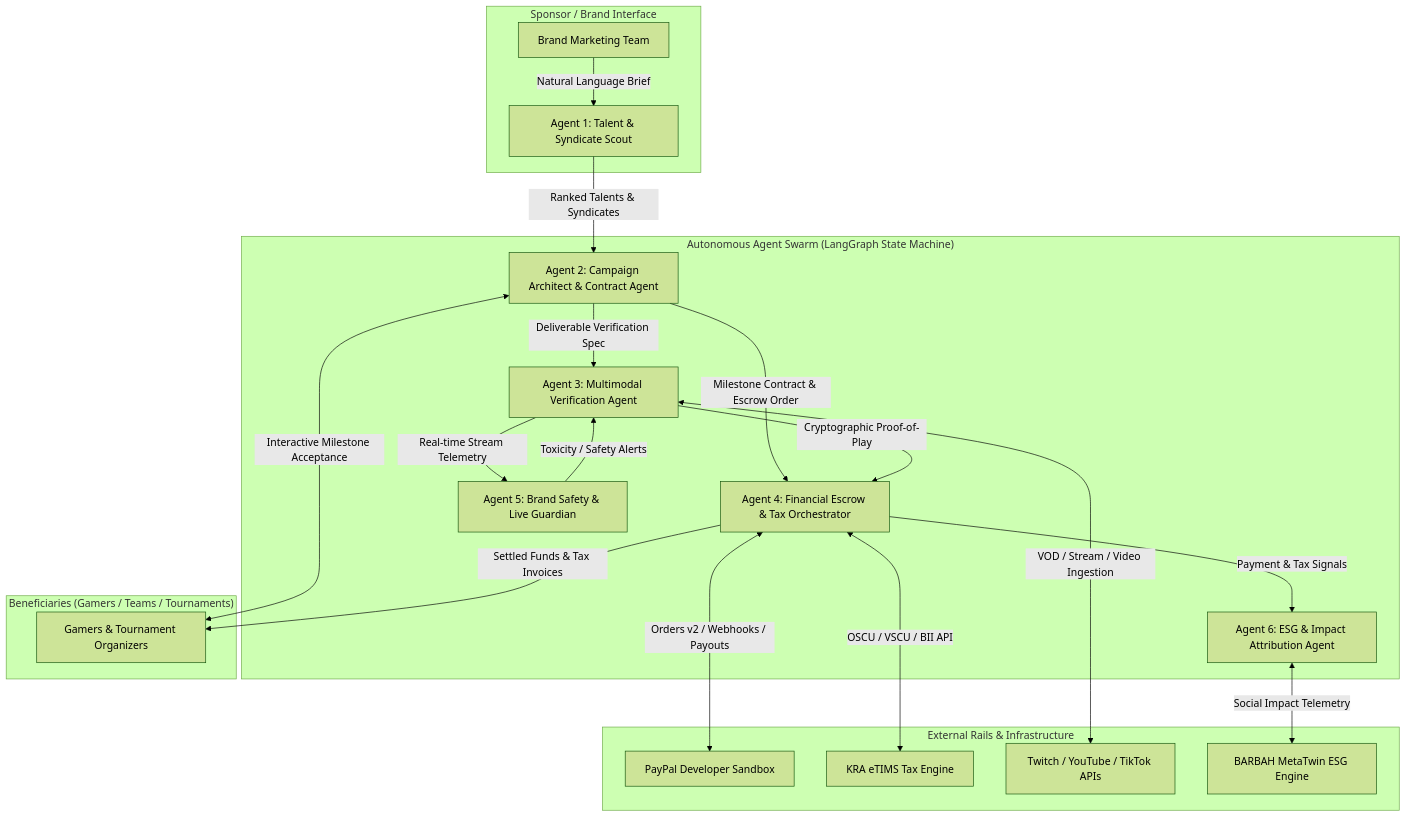
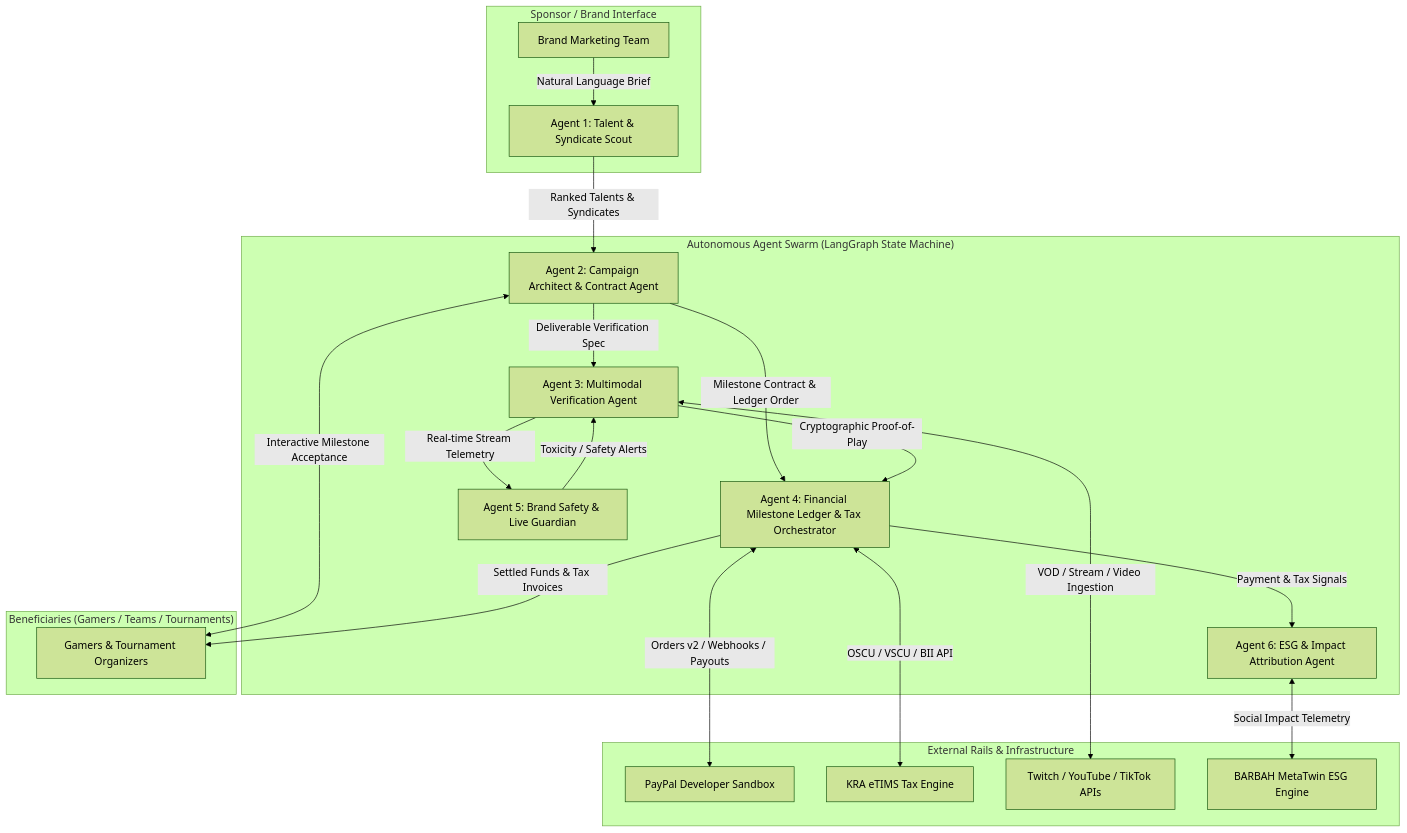
The first of 3 diagrams in architecture/03_AGENTIC_AI_SYSTEMS_DESIGN.md (Ryanjuguna/barbah-sponsorplay), drawn with Mermaid (forest theme) before and after one commit. The commit also changed other lines of this file and 5 other files, not shown here.

Commit message:
Complete repository-wide documentation audit: purge escrow terminology and enforce PayPal programmatic milestone ledger across all architecture specs

````diff
--- a/architecture/03_AGENTIC_AI_SYSTEMS_DESIGN.md
+++ b/architecture/03_AGENTIC_AI_SYSTEMS_DESIGN.md
@@ -15,30 +15,30 @@
 ```mermaid
 graph TB
     subgraph "Sponsor / Brand Interface"
         SB[Brand Marketing Team] -->|Natural Language Brief| A1[Agent 1: Talent & Syndicate Scout]
     end
 
     subgraph "Autonomous Agent Swarm (LangGraph State Machine)"
         A1 -->|Ranked Talents & Syndicates| A2[Agent 2: Campaign Architect & Contract Agent]
-        A2 -->|Milestone Contract & Escrow Order| A4[Agent 4: Financial Escrow & Tax Orchestrator]
+        A2 -->|Milestone Contract & Ledger Order| A4[Agent 4: Financial Milestone Ledger & Tax Orchestrator]
         A2 -->|Deliverable Verification Spec| A3[Agent 3: Multimodal Verification Agent]
         
         A3 -->|Real-time Stream Telemetry| A5[Agent 5: Brand Safety & Live Guardian]
         A5 -->|Toxicity / Safety Alerts| A3
         
         A3 -->|Cryptographic Proof-of-Play| A4
         A4 -->|Payment & Tax Signals| A6[Agent 6: ESG & Impact Attribution Agent]
     end
 
     subgraph "External Rails & Infrastructure"
         A4 <-->|Orders v2 / Webhooks / Payouts| PP[PayPal Developer Sandbox]
         A4 <-->|OSCU / VSCU / BII API| KRA[KRA eTIMS Tax Engine]
         A3 <-->|VOD / Stream / Video Ingestion| ST[Twitch / YouTube / TikTok APIs]
         A6 <-->|Social Impact Telemetry| MT[BARBAH MetaTwin ESG Engine]
     end
 
     subgraph "Beneficiaries (Gamers / Teams / Tournaments)"
         A2 <-->|Interactive Milestone Acceptance| GM[Gamers & Tournament Organizers]
         A4 -->|Settled Funds & Tax Invoices| GM
     end
 ```
````
